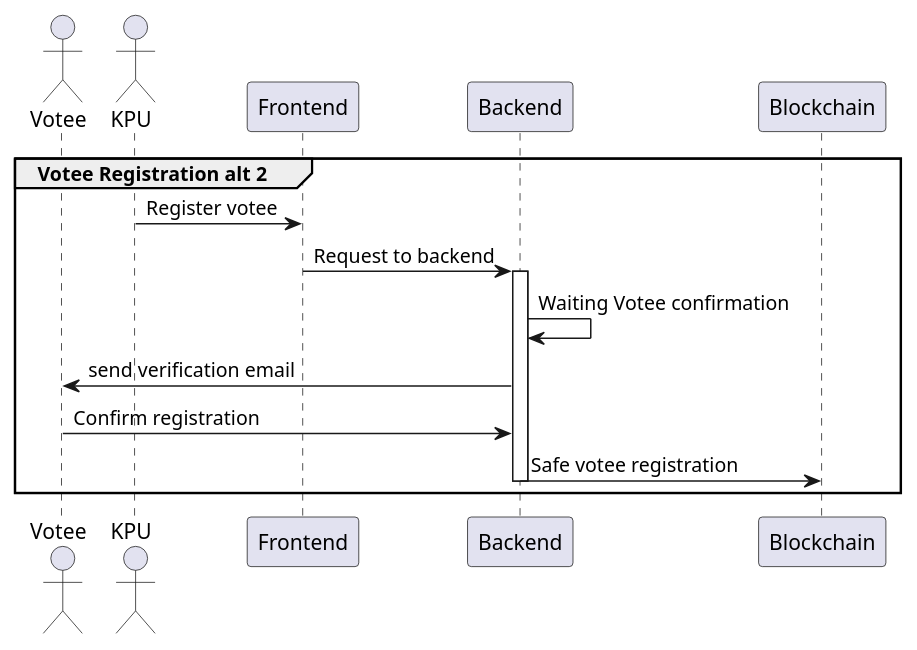
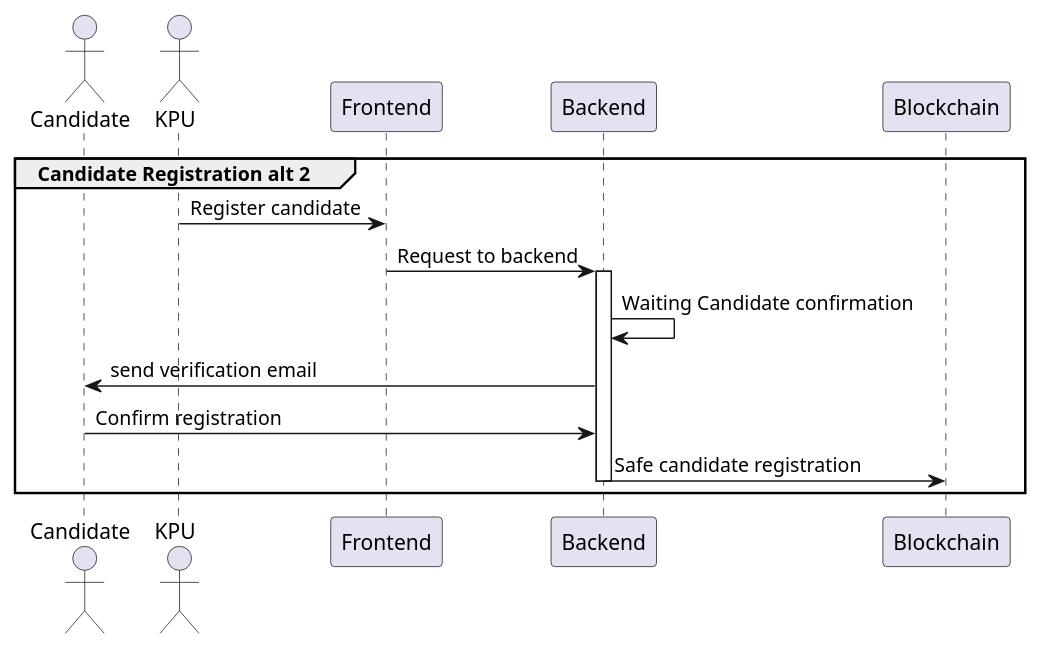
One commit to IF5200-Class1-Team4/E-Voting changed the diagram in Diagram/Register Votee alt2.puml. Above: the diagram before and after it, drawn with PlantUML. The commit also changed 6 other files, not shown here.

Commit message:
Update UML

```diff
--- a/Diagram/Register Votee alt2.puml
+++ b/Diagram/Register Votee alt2.puml
@@ -1,22 +1,22 @@
 @startuml global sequence diagram
 skinparam maxMessageSize 300
 ' actor "Voter" as user1
-actor "Votee" as user2
+actor "Candidate" as user2
 actor "KPU" as user3
 participant "Frontend" as system1
 participant "Backend" as system2
 participant "Blockchain" as system3
 
-group Votee Registration alt 2
-    user3 -> system1: Register votee
+group Candidate Registration alt 2
+    user3 -> system1: Register candidate
     system1 -> system2: Request to backend
     activate system2
-    system2 -> system2: Waiting Votee confirmation
+    system2 -> system2: Waiting Candidate confirmation
     system2 -> user2: send verification email
     user2 -> system2: Confirm registration
-    system2 -> system3: Safe votee registration
+    system2 -> system3: Safe candidate registration
     deactivate system2
     
 
 end
 @enduml
```
